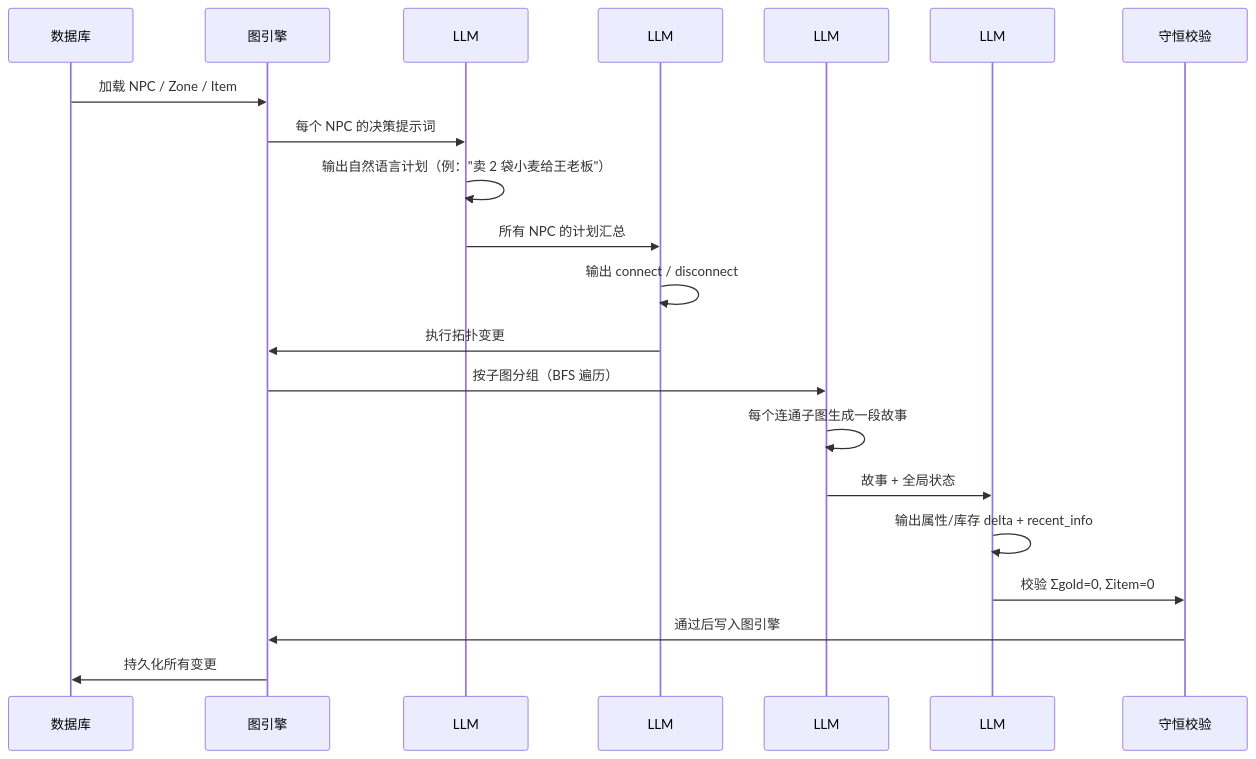
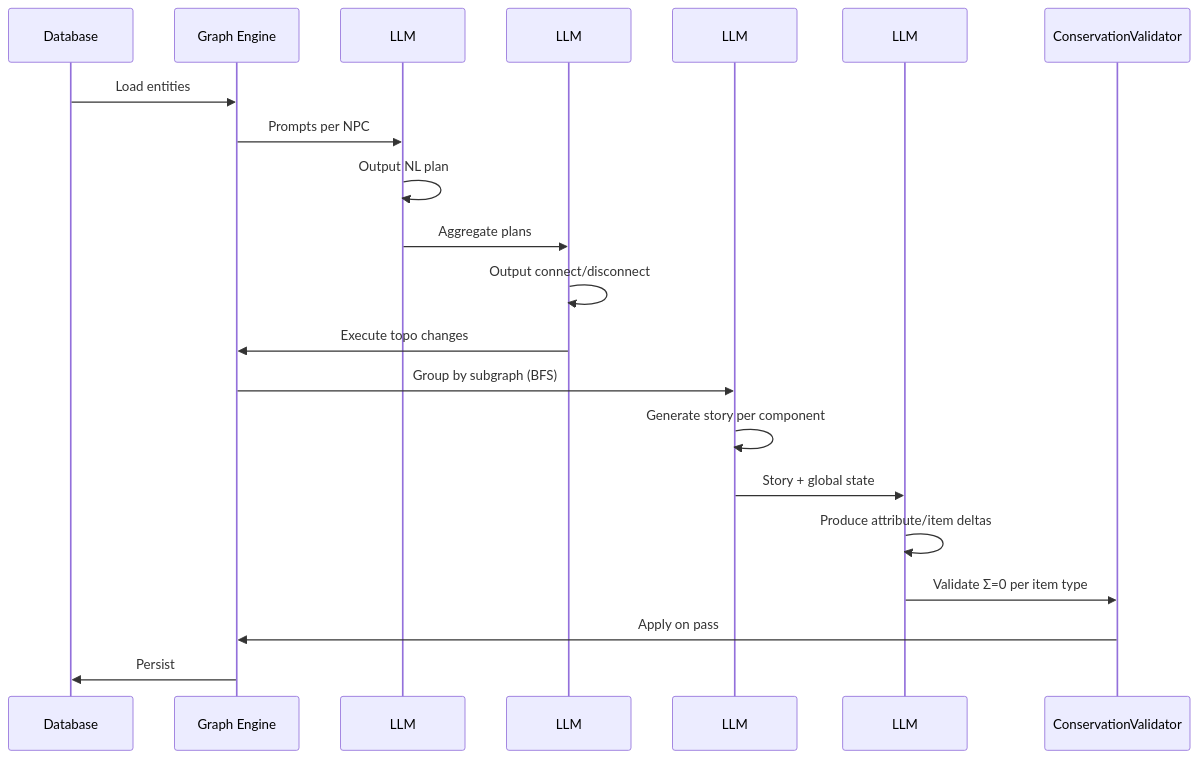
One commit to Asher0501/AgentWorld changed the second of 2 diagrams in README.md. Above: the diagram before and after it, drawn with Mermaid. The commit also changed other lines of this file and 29 other files, not shown here.

````diff
--- a/README.md
+++ b/README.md
@@ -44,24 +51,24 @@
 ```mermaid
 sequenceDiagram
-    participant DB as 数据库
-    participant GE as 图引擎
-    participant L1 as LLM #1 决策
-    participant L2 as LLM #2 拓扑
-    participant L3 as LLM #3 叙事
-    participant L4 as LLM #4 执行
-    participant CV as 守恒校验
+    participant DB as Database
+    participant GE as Graph Engine
+    participant L1 as LLM #1 Plan
+    participant L2 as LLM #2 Topology
+    participant L3 as LLM #3 Narrative
+    participant L4 as LLM #4 Execute
+    participant CV as ConservationValidator
 
-    DB->>GE: 加载 NPC / Zone / Item
-    GE->>L1: 每个 NPC 的决策提示词
-    L1->>L1: 输出自然语言计划（例："卖 2 袋小麦给王老板"）
-    L1->>L2: 所有 NPC 的计划汇总
-    L2->>L2: 输出 connect / disconnect
-    L2->>GE: 执行拓扑变更
-    GE->>L3: 按子图分组（BFS 遍历）
-    L3->>L3: 每个连通子图生成一段故事
-    L3->>L4: 故事 + 全局状态
-    L4->>L4: 输出属性/库存 delta + recent_info
-    L4->>CV: 校验 Σgold=0, Σitem=0
-    CV->>GE: 通过后写入图引擎
-    GE->>DB: 持久化所有变更
+    DB->>GE: Load entities
+    GE->>L1: Prompts per NPC
+    L1->>L1: Output NL plan
+    L1->>L2: Aggregate plans
+    L2->>L2: Output connect/disconnect
+    L2->>GE: Execute topo changes
+    GE->>L3: Group by subgraph (BFS)
+    L3->>L3: Generate story per component
+    L3->>L4: Story + global state
+    L4->>L4: Produce attribute/item deltas
+    L4->>CV: Validate Σ=0 per item type
+    CV->>GE: Apply on pass
+    GE->>DB: Persist
 ```
````
